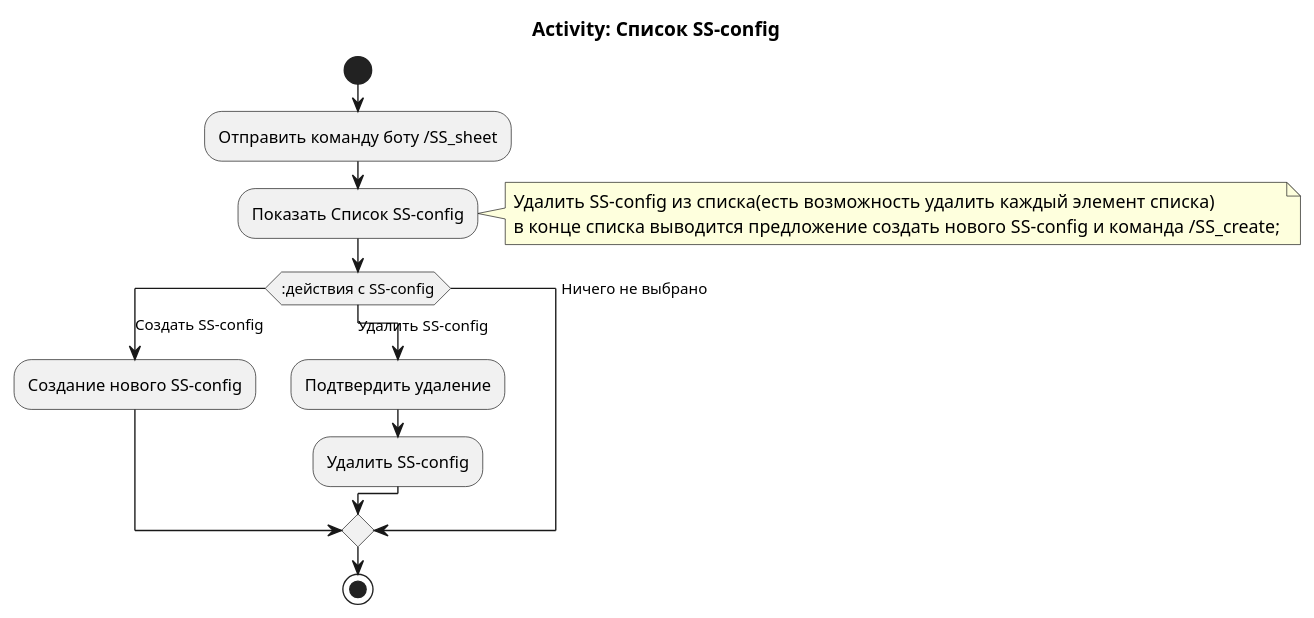
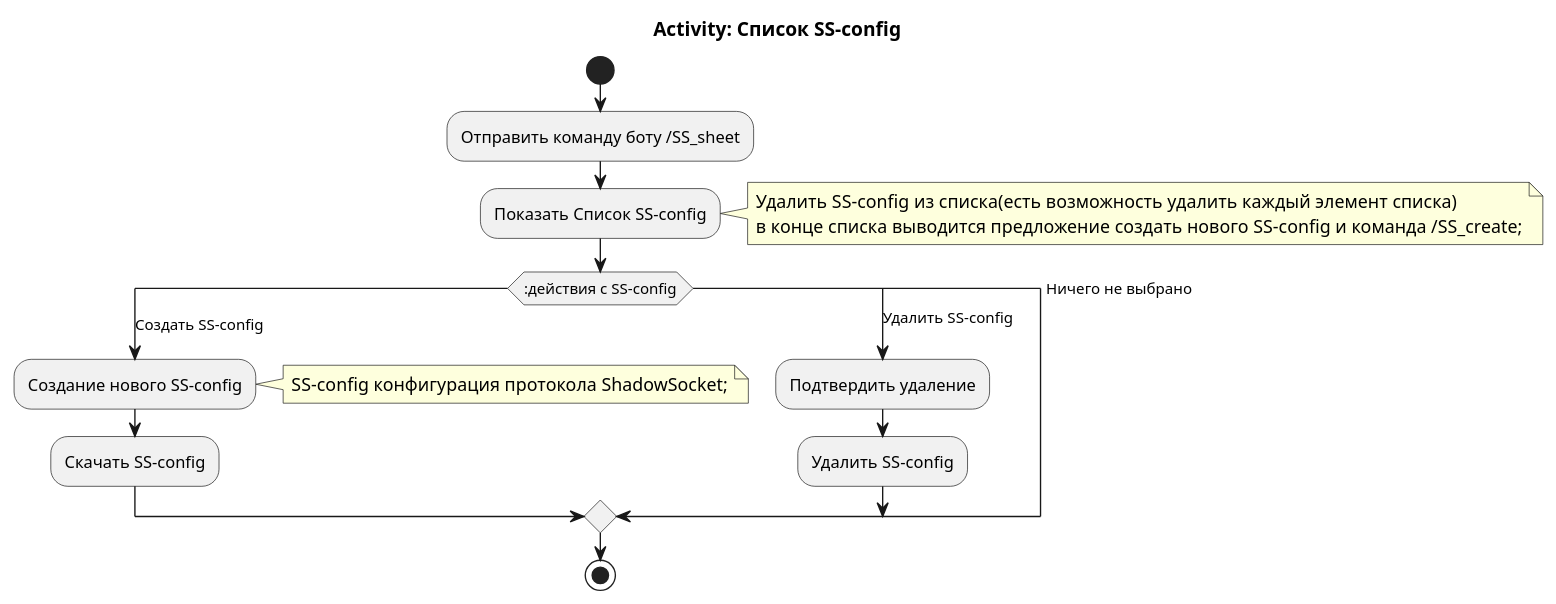
One commit to MaratDevOps/VPNManagerDoc changed the diagram in ActivityDiagramSSconfigSheet.plantuml. Above: the diagram before and after it, drawn with PlantUML.

Commit message:
добавлен комментарий

```diff
--- a/ActivityDiagramSSconfigSheet.plantuml
+++ b/ActivityDiagramSSconfigSheet.plantuml
@@ -1,24 +1,28 @@
 @startuml Activity_SSconfig_sheet
 title Activity: Список SS-config
 start
 
 :Отправить команду боту /SS_sheet;
 
 :Показать Список SS-config;
 note right
 /'Есть ли возможность редактировать SS-config или только создание нового и удаление?'/
 Удалить SS-config из списка(есть возможность удалить каждый элемент списка)
 в конце списка выводится предложение создать нового SS-config и команда /SS_create;
 end note
     switch (:действия с SS-config)
     case (Создать SS-config)
         :Создание нового SS-config;
+        note right
+            SS-config конфигурация протокола ShadowSocket;
+        end note
+        :Скачать SS-config;
     case (Удалить SS-config)
         :Подтвердить удаление;
         :Удалить SS-config;
     case (Ничего не выбрано)          
     endswitch
 stop
 
 
 @enduml
```
